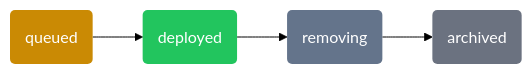
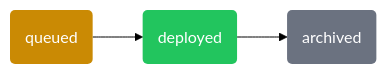
Before and after one commit to mirurobotics/docs: the fifth of 6 diagrams in docs/learn/deployments.mdx, drawn with Mermaid (forest theme). The commit also changed other lines of this file and 3 other files, not shown here.

````diff
--- a/docs/learn/deployments.mdx
+++ b/docs/learn/deployments.mdx
@@ -226,9 +222,8 @@
 ```mermaid
 flowchart LR
     classDef yellow fill:#ca8a04,color:#fff,stroke:none
     classDef green fill:#22c55e,color:#fff,stroke:none
-    classDef slate fill:#64748b,color:#fff,stroke:none
     classDef gray fill:#6b7280,color:#fff,stroke:none
 
-    A(queued):::yellow --> B(deployed):::green --> C(removing):::slate --> D(archived):::gray
+    A(queued):::yellow --> B(deployed):::green --> C(archived):::gray
 ```
````
